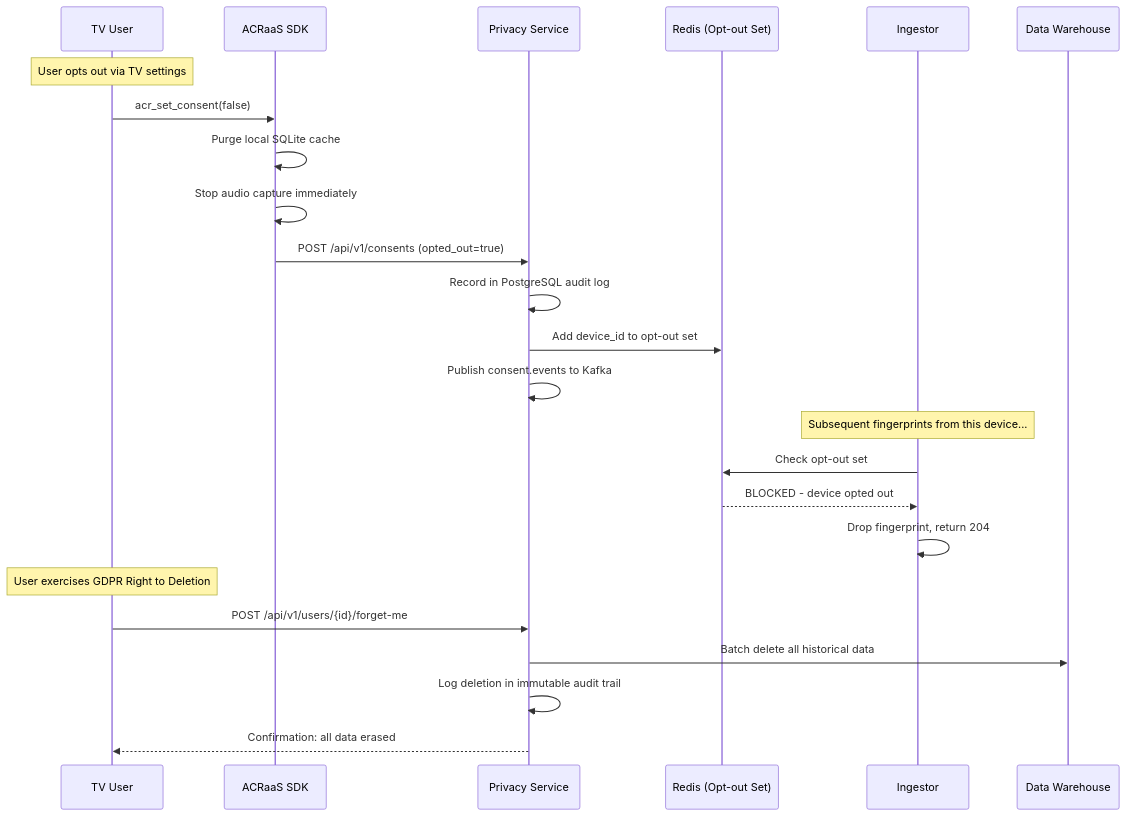
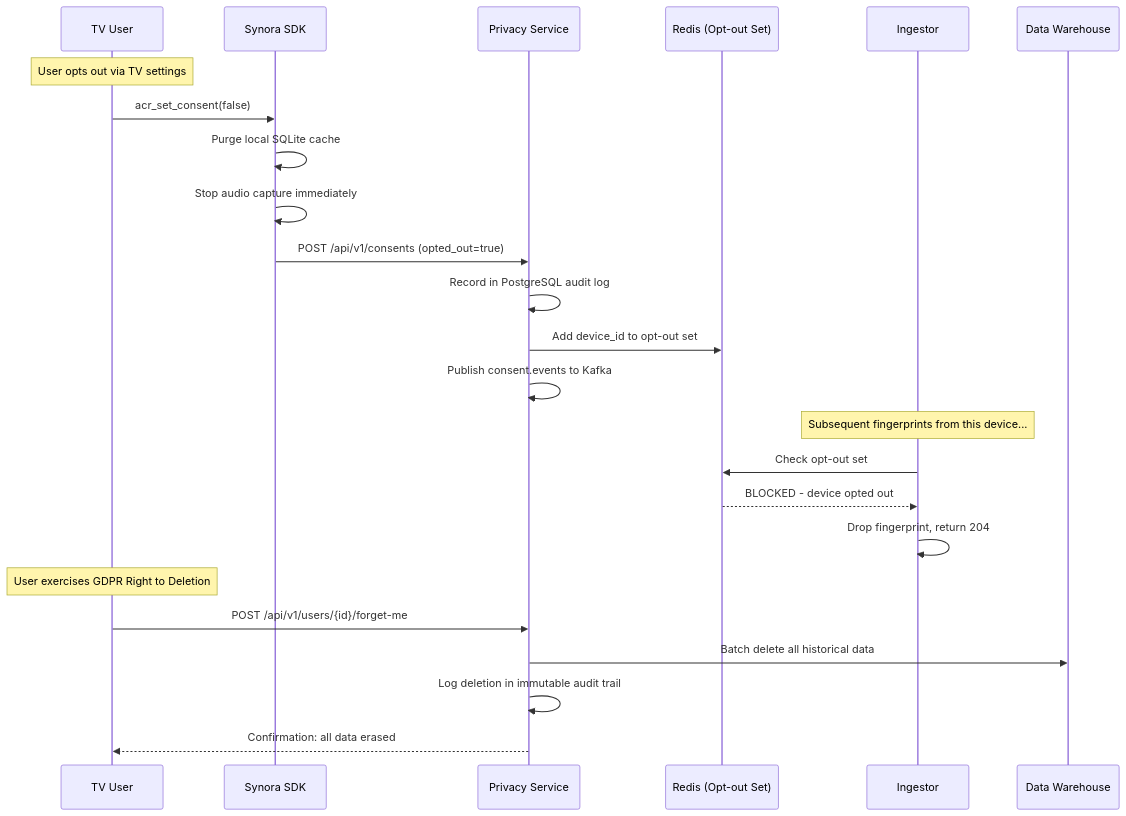
The seventh of 13 diagrams in PRODUCT_BLOG.md (ksmettela/Synora), drawn with Mermaid before and after one commit. The commit also changed other lines of this file and 86 other files, not shown here.

````diff
--- a/PRODUCT_BLOG.md
+++ b/PRODUCT_BLOG.md
@@ -410,30 +410,30 @@
 ```mermaid
 sequenceDiagram
     participant User as TV User
-    participant SDK as ACRaaS SDK
+    participant SDK as Synora SDK
     participant PRIV as Privacy Service
     participant REDIS as Redis (Opt-out Set)
     participant ING as Ingestor
     participant ICE as Data Warehouse
 
     Note over User: User opts out via TV settings
 
     User->>SDK: acr_set_consent(false)
     SDK->>SDK: Purge local SQLite cache
     SDK->>SDK: Stop audio capture immediately
     SDK->>PRIV: POST /api/v1/consents (opted_out=true)
     PRIV->>PRIV: Record in PostgreSQL audit log
     PRIV->>REDIS: Add device_id to opt-out set
     PRIV->>PRIV: Publish consent.events to Kafka
 
     Note over ING: Subsequent fingerprints from this device...
     ING->>REDIS: Check opt-out set
     REDIS-->>ING: BLOCKED - device opted out
     ING->>ING: Drop fingerprint, return 204
 
     Note over User: User exercises GDPR Right to Deletion
     User->>PRIV: POST /api/v1/users/{id}/forget-me
     PRIV->>ICE: Batch delete all historical data
     PRIV->>PRIV: Log deletion in immutable audit trail
     PRIV-->>User: Confirmation: all data erased
 ```
````
